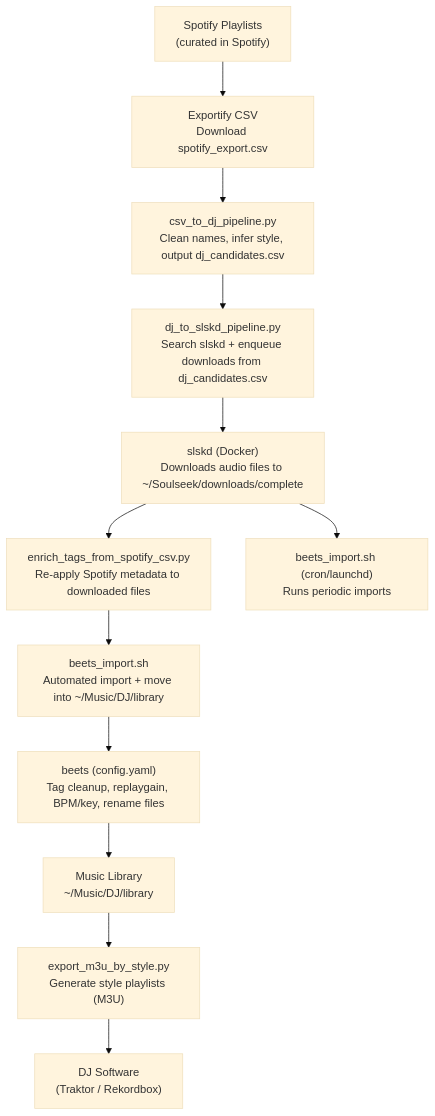
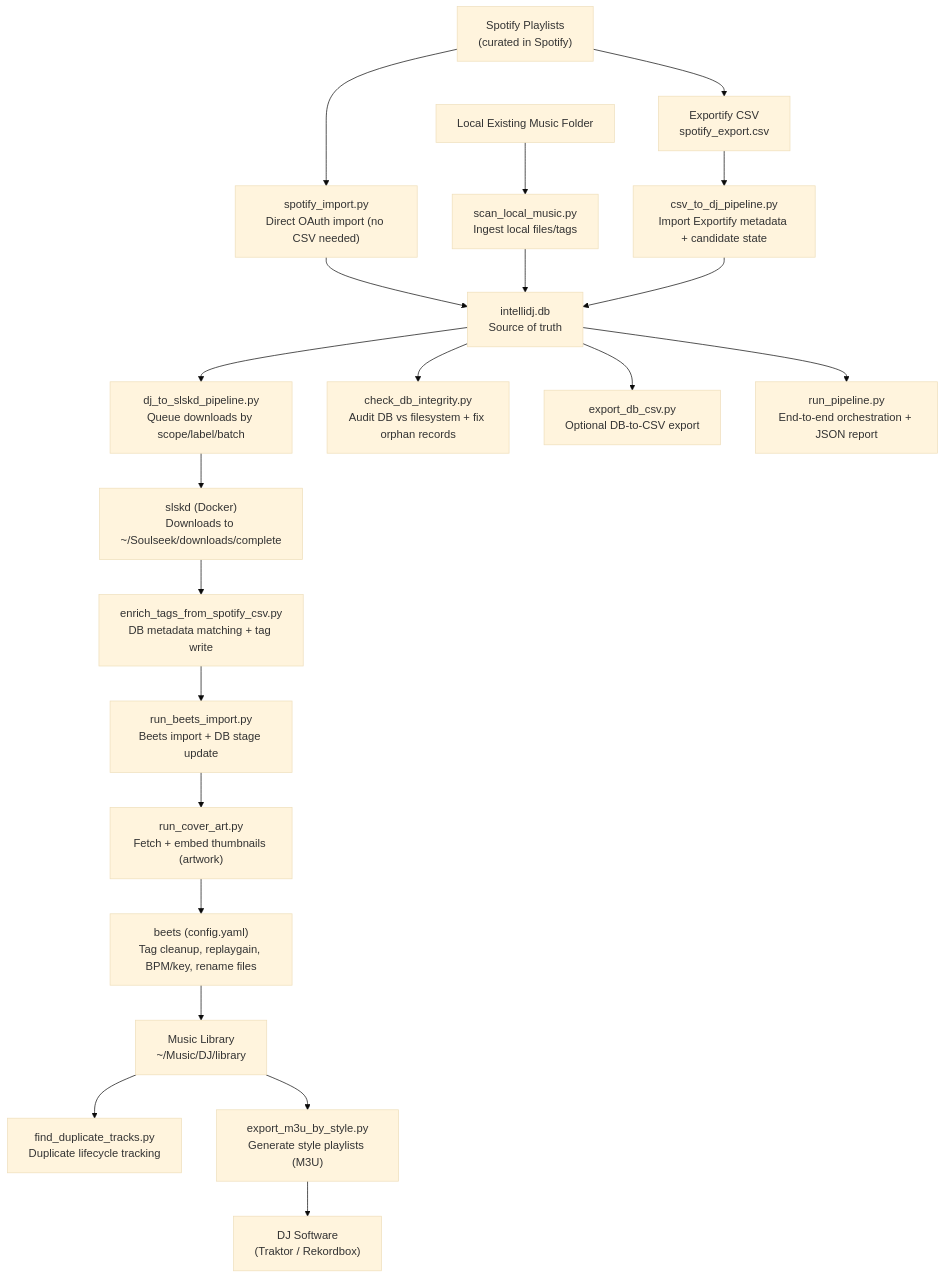
The diagram in diagram.md (yenkz/intelliDj), drawn with Mermaid (base theme) before and after one commit. The commit also changed 56 other files, not shown here.

First line of the commit message:
Integrate v2 DB-first pipeline with upstream uv + search improvements

````diff
--- a/diagram.md
+++ b/diagram.md
@@ -3,16 +3,23 @@
 ```mermaid
 flowchart TD
-  A["Spotify Playlists<br/>(curated in Spotify)"] --> B["Exportify CSV<br/>Download spotify_export.csv"]
-  B --> C["csv_to_dj_pipeline.py<br/>Clean names, infer style, output dj_candidates.csv"]
-  C --> D["dj_to_slskd_pipeline.py<br/>Search slskd + enqueue downloads from dj_candidates.csv"]
-  D --> E["slskd (Docker)<br/>Downloads audio files to ~/Soulseek/downloads/complete"]
-  E --> F["enrich_tags_from_spotify_csv.py<br/>Re-apply Spotify metadata to downloaded files"]
-  F --> G["beets_import.sh<br/>Automated import + move into ~/Music/DJ/library"]
-  G --> H["beets (config.yaml)<br/>Tag cleanup, replaygain, BPM/key, rename files"]
-  H --> I["Music Library<br/>~/Music/DJ/library"]
-  I --> J["export_m3u_by_style.py<br/>Generate style playlists (M3U)"]
-  J --> K["DJ Software<br/>(Traktor / Rekordbox)"]
-
-  %% Optional / automation
-  E --> L["beets_import.sh (cron/launchd)<br/>Runs periodic imports"]
+  A["Spotify Playlists<br/>(curated in Spotify)"] --> B["Exportify CSV<br/>spotify_export.csv"]
+  A --> SA["spotify_import.py<br/>Direct OAuth import (no CSV needed)"]
+  X["Local Existing Music Folder"] --> Y["scan_local_music.py<br/>Ingest local files/tags"]
+  B --> C["csv_to_dj_pipeline.py<br/>Import Exportify metadata + candidate state"]
+  SA --> Z["intellidj.db<br/>Source of truth"]
+  Y --> Z
+  C --> Z
+  Z --> D["dj_to_slskd_pipeline.py<br/>Queue downloads by scope/label/batch"]
+  Z --> INT["check_db_integrity.py<br/>Audit DB vs filesystem + fix orphan records"]
+  D --> E["slskd (Docker)<br/>Downloads to ~/Soulseek/downloads/complete"]
+  E --> F["enrich_tags_from_spotify_csv.py<br/>DB metadata matching + tag write"]
+  F --> G["run_beets_import.py<br/>Beets import + DB stage update"]
+  G --> H["run_cover_art.py<br/>Fetch + embed thumbnails (artwork)"]
+  H --> I["beets (config.yaml)<br/>Tag cleanup, replaygain, BPM/key, rename files"]
+  I --> J["Music Library<br/>~/Music/DJ/library"]
+  J --> K["find_duplicate_tracks.py<br/>Duplicate lifecycle tracking"]
+  J --> L["export_m3u_by_style.py<br/>Generate style playlists (M3U)"]
+  L --> M["DJ Software<br/>(Traktor / Rekordbox)"]
+  Z --> O["export_db_csv.py<br/>Optional DB-to-CSV export"]
+  Z --> N["run_pipeline.py<br/>End-to-end orchestration + JSON report"]
 ```
````
